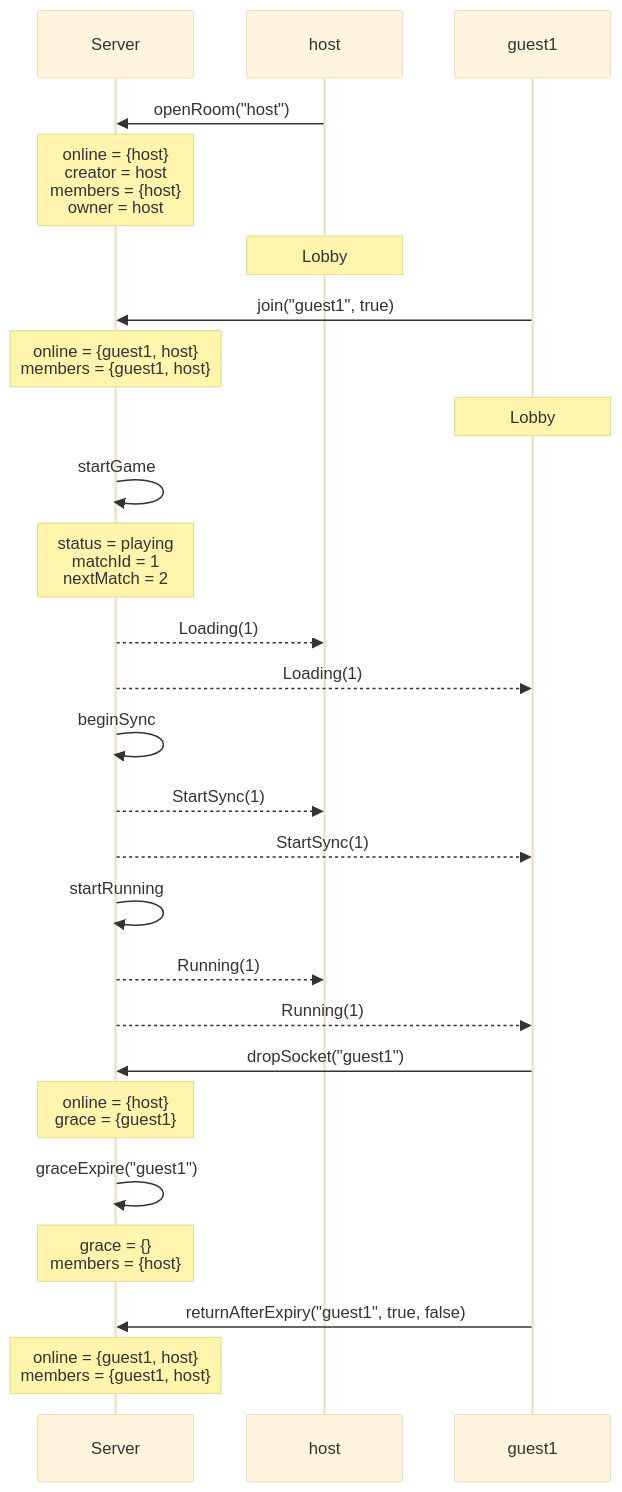
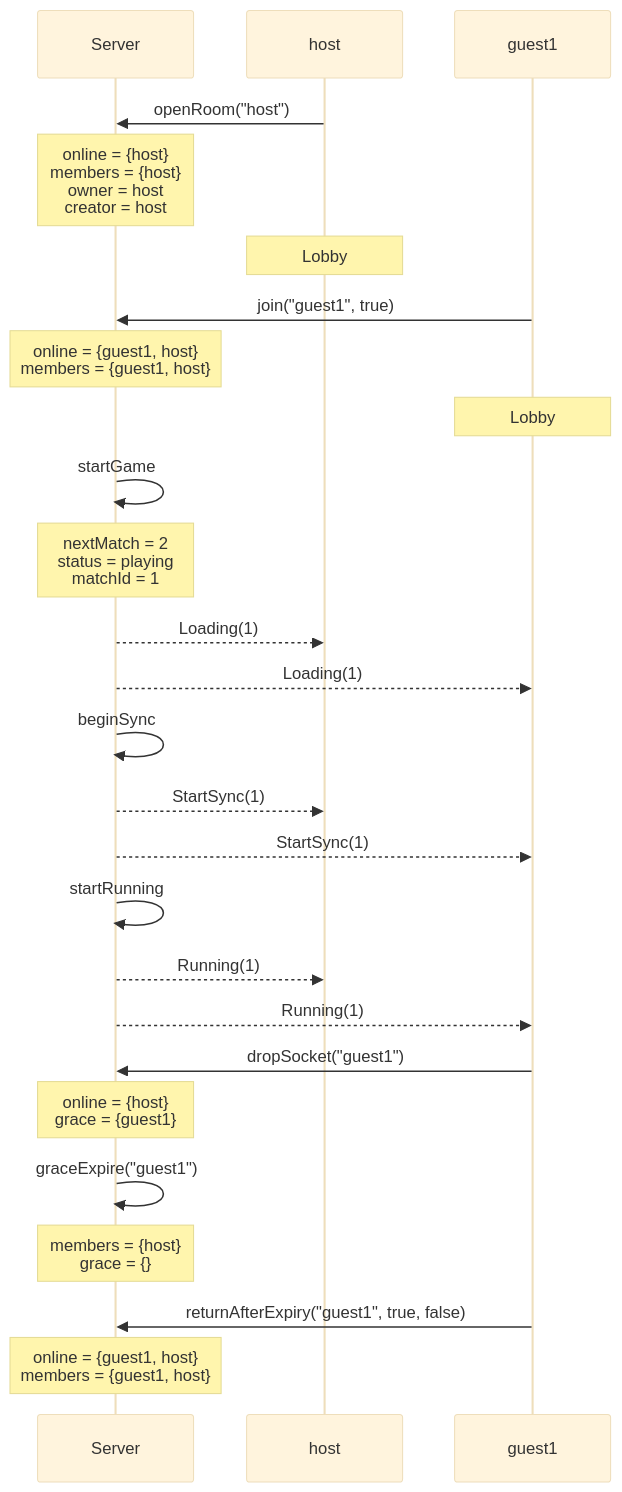
Diagram 18 of 41 in docs/spec-traces.md (kwilson21/kaillera-next), drawn with Mermaid (base theme) before and after one commit. The commit also changed other lines of this file and 102 other files, not shown here.

````diff
--- a/docs/spec-traces.md
+++ b/docs/spec-traces.md
@@ -134,28 +383,28 @@
 ```mermaid
 sequenceDiagram
   participant Server
   participant host
   participant guest1
   host->>Server: openRoom("host")
-  Note over Server: online = {host}<br/>creator = host<br/>members = {host}<br/>owner = host
+  Note over Server: online = {host}<br/>members = {host}<br/>owner = host<br/>creator = host
   Note over host: Lobby
   guest1->>Server: join("guest1", true)
   Note over Server: online = {guest1, host}<br/>members = {guest1, host}
   Note over guest1: Lobby
   Server->>Server: startGame
-  Note over Server: status = playing<br/>matchId = 1<br/>nextMatch = 2
+  Note over Server: nextMatch = 2<br/>status = playing<br/>matchId = 1
   Server-->>host: Loading(1)
   Server-->>guest1: Loading(1)
   Server->>Server: beginSync
   Server-->>host: StartSync(1)
   Server-->>guest1: StartSync(1)
   Server->>Server: startRunning
   Server-->>host: Running(1)
   Server-->>guest1: Running(1)
   guest1->>Server: dropSocket("guest1")
   Note over Server: online = {host}<br/>grace = {guest1}
   Server->>Server: graceExpire("guest1")
-  Note over Server: grace = {}<br/>members = {host}
+  Note over Server: members = {host}<br/>grace = {}
   guest1->>Server: returnAfterExpiry("guest1", true, false)
   Note over Server: online = {guest1, host}<br/>members = {guest1, host}
 ```
````
